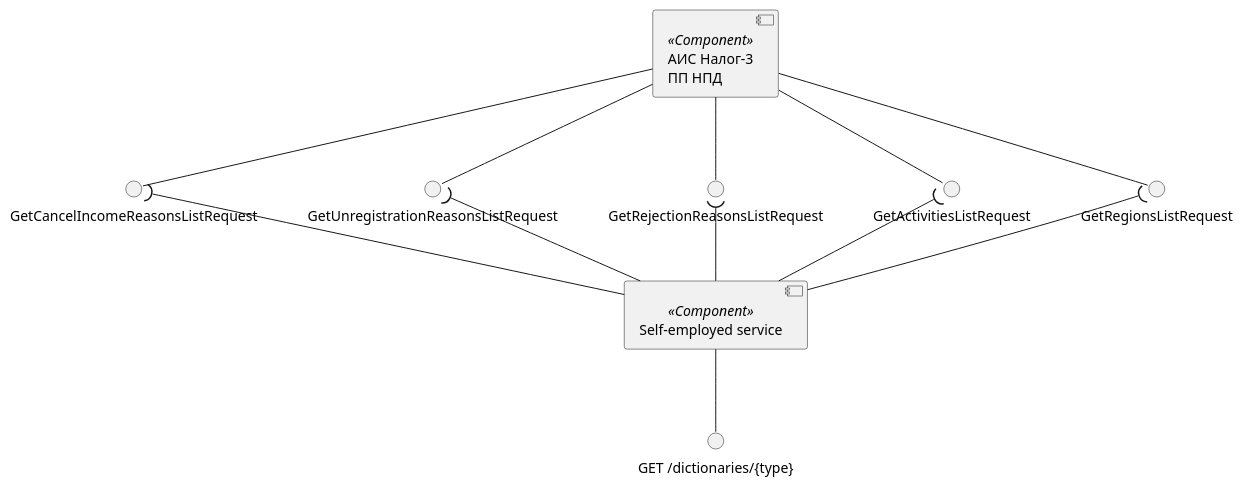
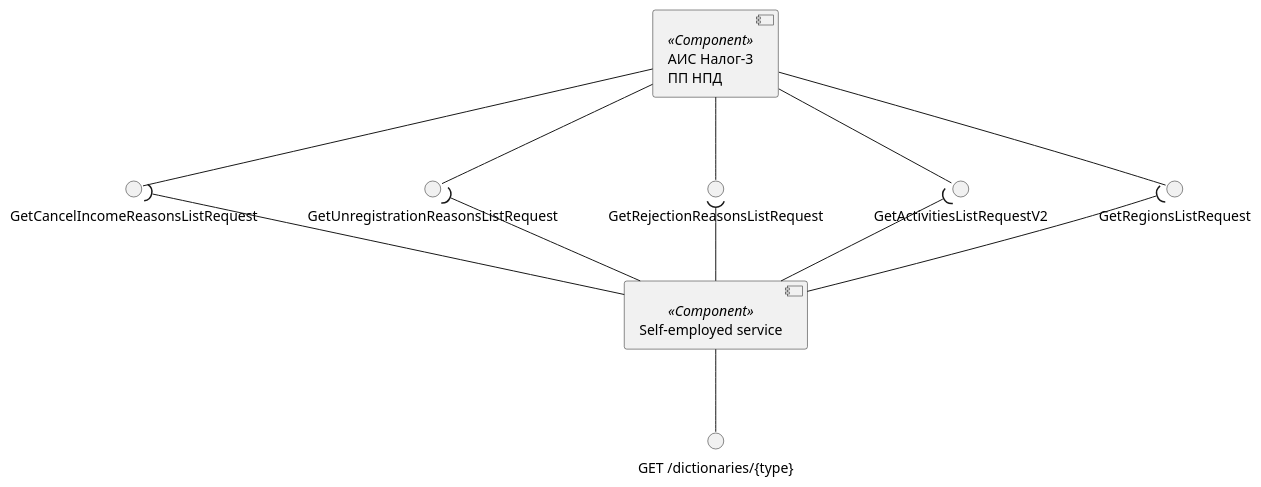
The sixth of 6 diagrams in diagrams/self-employed-service/components.puml (RaikBitters/ibank-internal-services), drawn with PlantUML before and after one commit. The commit also changed 6 other files, not shown here.

Commit message:
Patch diagrams

```diff
--- a/diagrams/self-employed-service/components.puml
+++ b/diagrams/self-employed-service/components.puml
@@ -172,28 +172,28 @@
 @startuml dictionaries-components
 
 component "АИС Налог-3\nПП НПД" as Tax3 <<Component>>\
 
 interface "GetRegionsListRequest" as GetRegionsList
-interface "GetActivitiesListRequest" as GetActivitiesList
+interface "GetActivitiesListRequestV2" as GetActivitiesList
 interface "GetRejectionReasonsListRequest" as GetRejectionReasonsList
 interface "GetUnregistrationReasonsListRequest" as GetUnregistrationReasonsList
 interface "GetCancelIncomeReasonsListRequest" as GetCancelIncomeReasonsList
 
 Tax3 --() GetRegionsList
 Tax3 --() GetActivitiesList
 Tax3 --() GetRejectionReasonsList
 Tax3 --() GetUnregistrationReasonsList
 Tax3 --() GetCancelIncomeReasonsList
 
 component "Self-employed service" as SelfEmplService <<Component>>
 interface "GET /dictionaries/{type}" as getDictionary
 
 SelfEmplService --() getDictionary
 
 SelfEmplService -up-( GetRegionsList
 SelfEmplService -up-( GetActivitiesList
 SelfEmplService -up-( GetRejectionReasonsList
 SelfEmplService -up-( GetUnregistrationReasonsList
 SelfEmplService -up-( GetCancelIncomeReasonsList
 
 @enduml
```
